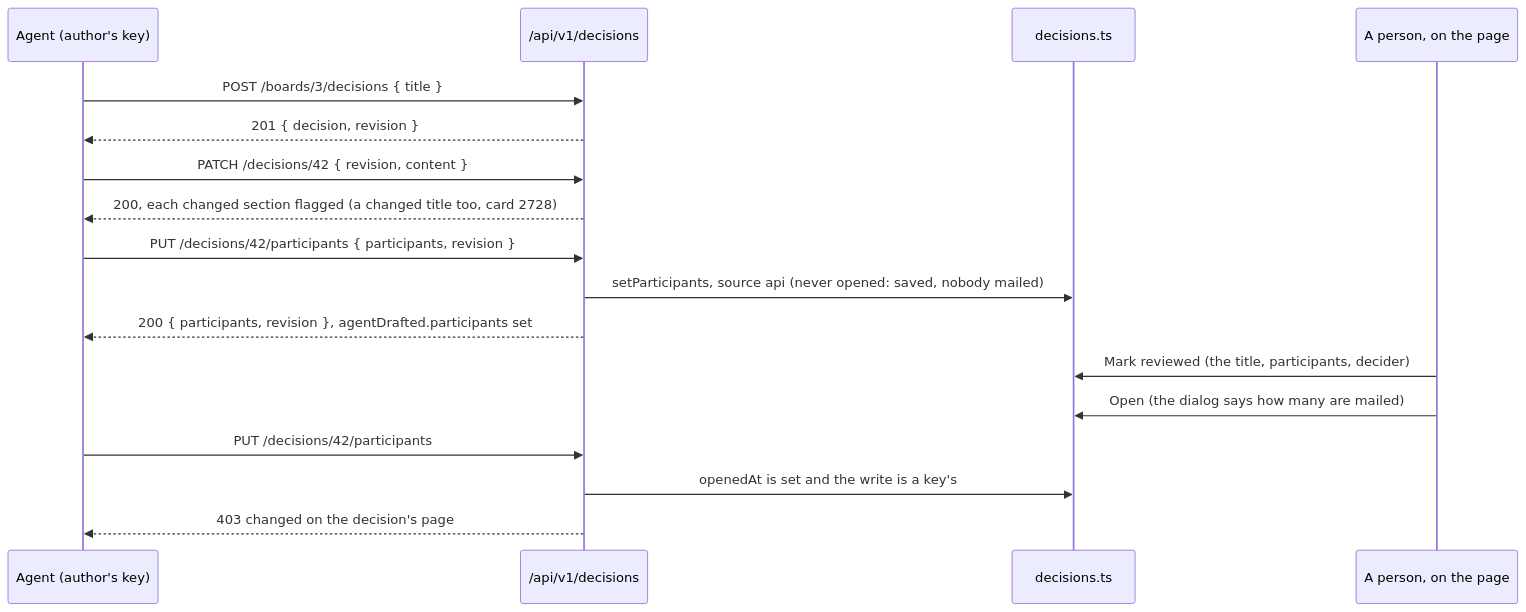
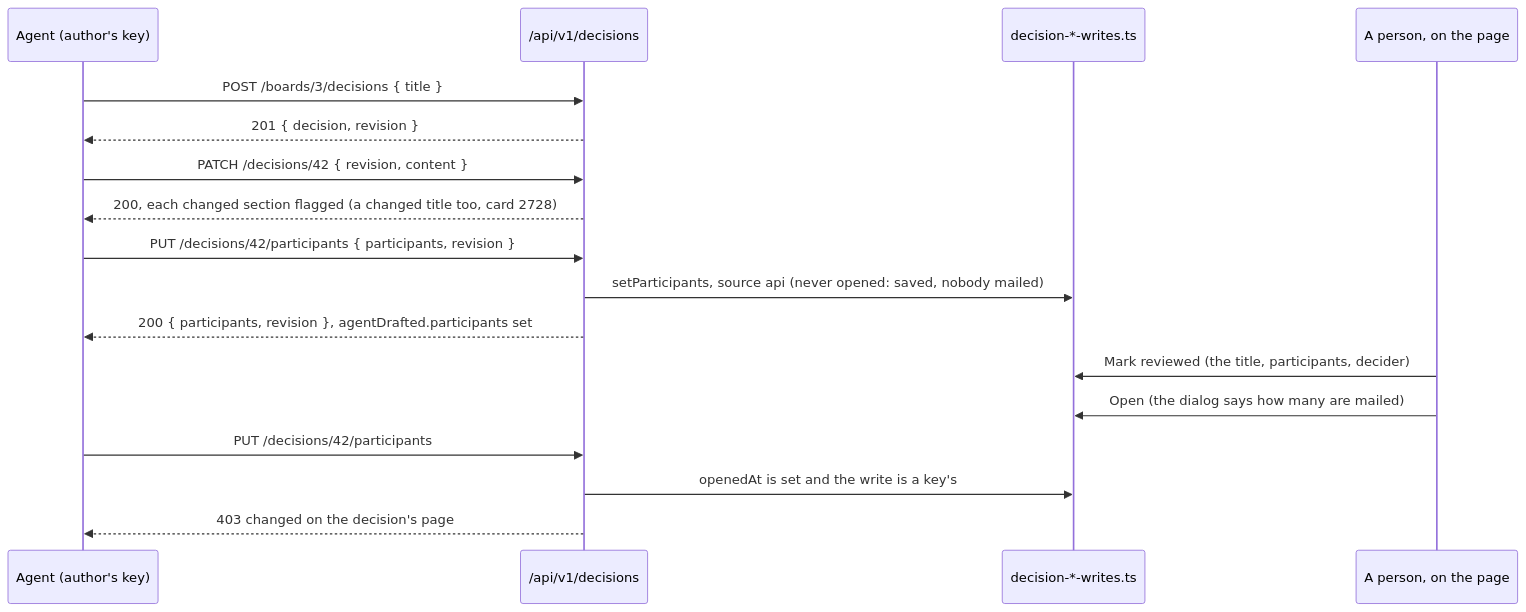
One commit to gitBoon/DumpFire changed diagram 19 of 19 in docs/api-reference.md. Above: the diagram before and after it, drawn with Mermaid. The commit also changed other lines of this file and 71 other files, not shown here.

````diff
--- a/docs/api-reference.md
+++ b/docs/api-reference.md
@@ -4858,19 +4858,19 @@
 ```mermaid
 sequenceDiagram
     participant A as Agent (author's key)
     participant V as /api/v1/decisions
-    participant S as decisions.ts
+    participant S as decision-*-writes.ts
     participant P as A person, on the page
     A->>V: POST /boards/3/decisions { title }
     V-->>A: 201 { decision, revision }
     A->>V: PATCH /decisions/42 { revision, content }
     V-->>A: 200, each changed section flagged (a changed title too, card 2728)
     A->>V: PUT /decisions/42/participants { participants, revision }
     V->>S: setParticipants, source api (never opened: saved, nobody mailed)
     V-->>A: 200 { participants, revision }, agentDrafted.participants set
     P->>S: Mark reviewed (the title, participants, decider)
     P->>S: Open (the dialog says how many are mailed)
     A->>V: PUT /decisions/42/participants
     V->>S: openedAt is set and the write is a key's
     V-->>A: 403 changed on the decision's page
 ```
````
